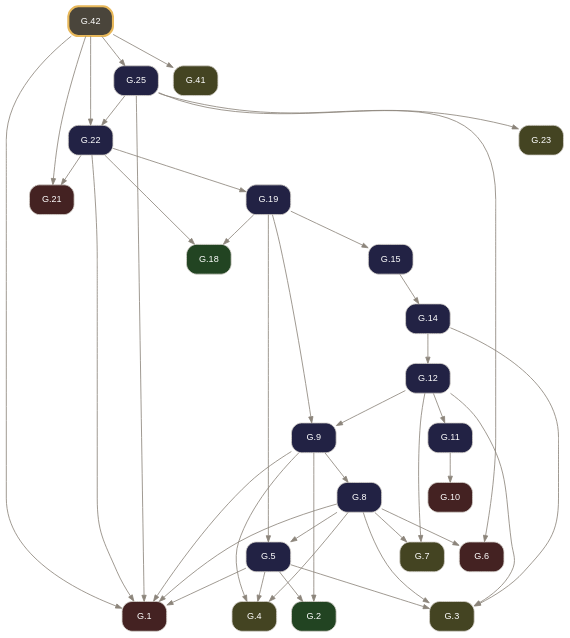
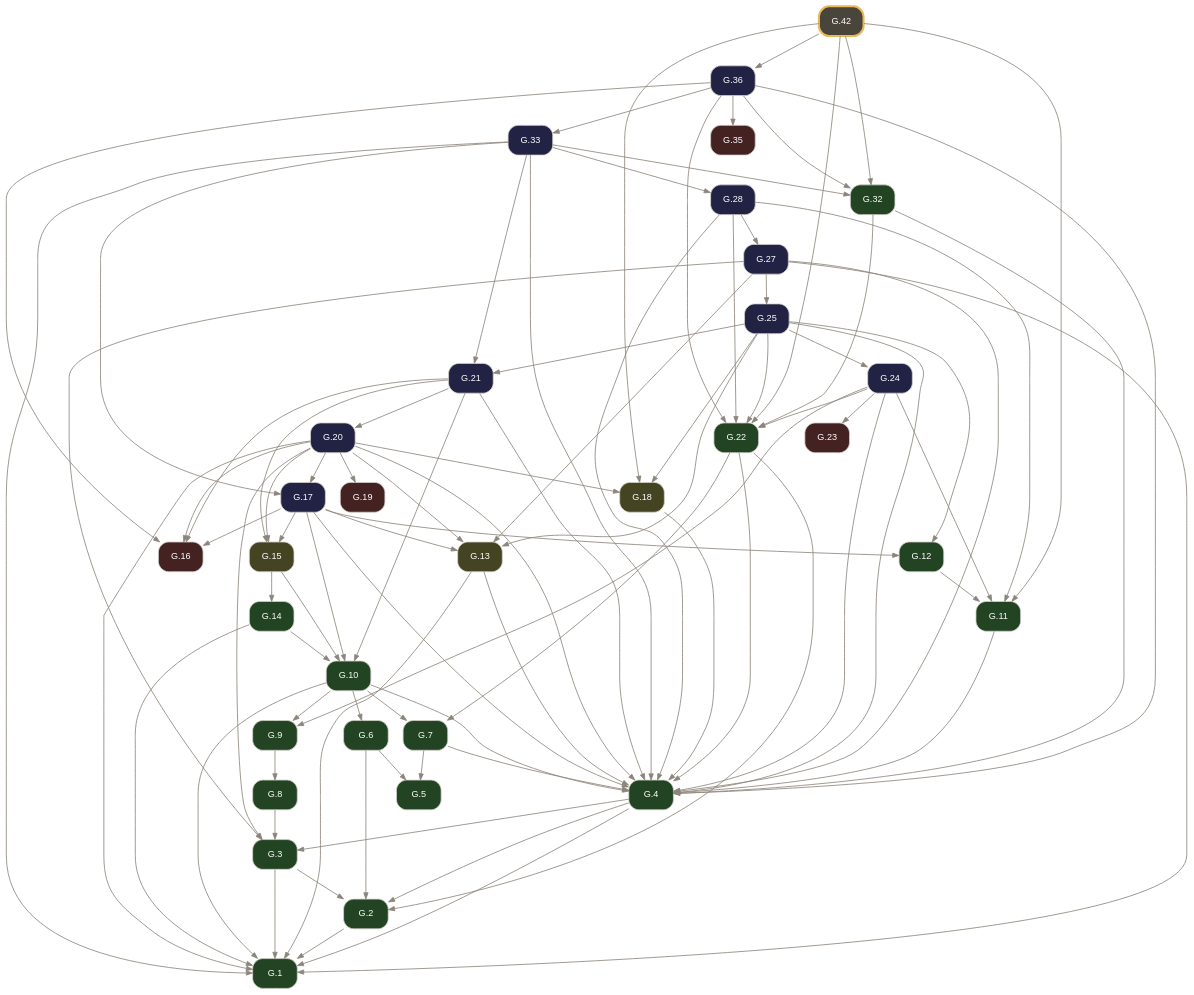
Before and after one commit to geometor/elements: the diagram in docsrc/elements2/G.42/index.rst, drawn with Graphviz. The commit also changed other lines of this file and 2974 other files, not shown here.

Commit message:
feat(elements2): wire defined terms, short verb titles, coincidence operator, and 2-point circle notation (v0.4.0)

```diff
--- a/docsrc/elements2/G.42/index.rst
+++ b/docsrc/elements2/G.42/index.rst
@@ -114,65 +76,125 @@
      node [shape=box, style="rounded,filled", fontname="Helvetica", fontsize=11, color="#d6d3cd", fontcolor="#ffffff"];
      edge [color="#8c857b", fontcolor="#8c857b", arrowsize=0.75];
      rankdir="TB";
-     "G.1" [label="G.1", tooltip="G.1 (I.cn.1): Things equal to the same thing are equal to one another.", fillcolor="#442222", URL="../G.1/index.html", target="_top"];
-     "G.2" [label="G.2", tooltip="G.2 (I.def.15): A circle is a plane figure contained by one line such that all segments falling upon it from its center are equal.", fillcolor="#224422", URL="../G.2/index.html", target="_top"];
-     "G.3" [label="G.3", tooltip="G.3 (I.post.1): Construct a segment between any two points.", fillcolor="#444422", URL="../G.3/index.html", target="_top"];
-     "G.4" [label="G.4", tooltip="G.4 (I.post.3): Construct a circle with any center and radius.", fillcolor="#444422", URL="../G.4/index.html", target="_top"];
-     "G.5" [label="G.5", tooltip="G.5 (I.1): Construct an equilateral triangle on a given finite segment.", fillcolor="#222244", URL="../G.5/index.html", target="_top"];
-     "G.6" [label="G.6", tooltip="G.6 (I.cn.3): If equals are subtracted from equals, the remainders are equal.", fillcolor="#442222", URL="../G.6/index.html", target="_top"];
-     "G.7" [label="G.7", tooltip="G.7 (I.post.2): Extend a finite segment continuously in a straight line.", fillcolor="#444422", URL="../G.7/index.html", target="_top"];
-     "G.8" [label="G.8", tooltip="G.8 (I.2): Construct at a given point a segment equal to a given segment.", fillcolor="#222244", URL="../G.8/index.html", target="_top"];
-     "G.9" [label="G.9", tooltip="G.9 (I.3): Cut off from the greater of two unequal segments a segment equal to the less.", fillcolor="#222244", URL="../G.9/index.html", target="_top"];
-     "G.10" [label="G.10", tooltip="G.10 (I.cn.4): Things that coincide with one another are equal.", fillcolor="#442222", URL="../G.10/index.html", target="_top"];
-     "G.11" [label="G.11", tooltip="G.11 (I.4): Triangles with two sides and the included angle equal are congruent (SAS).", fillcolor="#222244", URL="../G.11/index.html", target="_top"];
-     "G.12" [label="G.12", tooltip="G.12 (I.5): In an isosceles triangle, the angles at the base are equal, and if the equal sides are extended, the angles under the base are equal.", fillcolor="#222244", URL="../G.12/index.html", target="_top"];
-     "G.14" [label="G.14", tooltip="G.14 (I.7): On the same segment and on the same side, there cannot be constructed two distinct triangles with both pairs of conterminous sides equal.", fillcolor="#222244", URL="../G.14/index.html", target="_top"];
-     "G.15" [label="G.15", tooltip="G.15 (I.8): Triangles with all three corresponding sides equal have their corresponding angles equal (SSS).", fillcolor="#222244", URL="../G.15/index.html", target="_top"];
-     "G.18" [label="G.18", tooltip="G.18 (I.def.10): When a straight line standing on a straight line makes the adjacent angles equal, each of the equal angles is a right angle, and the standing line is perpendicular to that on which...", fillcolor="#224422", URL="../G.18/index.html", target="_top"];
-     "G.19" [label="G.19", tooltip="G.19 (I.11): Construct a line at right angles to a given line from a given point on it.", fillcolor="#222244", URL="../G.19/index.html", target="_top"];
-     "G.21" [label="G.21", tooltip="G.21 (I.cn.2): If equals are added to equals, the wholes are equal.", fillcolor="#442222", URL="../G.21/index.html", target="_top"];
-     "G.22" [label="G.22", tooltip="G.22 (I.13): A ray standing on a line makes either two right angles or adjacent angles summing to two right angles.", fillcolor="#222244", URL="../G.22/index.html", target="_top"];
-     "G.23" [label="G.23", tooltip="G.23 (I.post.4): All right angles are equal.", fillcolor="#444422", URL="../G.23/index.html", target="_top"];
-     "G.25" [label="G.25", tooltip="G.25 (I.15): Intersecting lines make their vertical angles equal.", fillcolor="#222244", URL="../G.25/index.html", target="_top"];
-     "G.41" [label="G.41", tooltip="G.41 (I.post.5): Two lines intersected by a transversal with interior angles on one side summing to less than two right angles meet on that side.", fillcolor="#444422", URL="../G.41/index.html", target="_top"];
-     "G.42" [label="G.42", tooltip="G.42 (I.29): A transversal cutting parallel lines makes alternate interior angles equal, exterior and opposite interior angles equal, and same-side interior angles supplementary.", penwidth=2.5, color="#e8b85a", fillcolor="#4a453b", URL="index.html", target="_top"];
-     "G.5" -> "G.1";
-     "G.8" -> "G.1";
-     "G.9" -> "G.1";
-     "G.22" -> "G.1";
-     "G.25" -> "G.1";
-     "G.42" -> "G.1";
-     "G.5" -> "G.2";
-     "G.9" -> "G.2";
-     "G.5" -> "G.3";
+     "G.1" [label="G.1", tooltip="G.1 (I.def.1): A point A is that which has no part.", fillcolor="#224422", URL="../G.1/index.html", target="_top"];
+     "G.2" [label="G.2", tooltip="G.2 (I.def.2): A line [ A B ] is a projection of a relationship of two points A, B.", fillcolor="#224422", URL="../G.2/index.html", target="_top"];
+     "G.3" [label="G.3", tooltip="G.3 (I.def.3): The extremities of a segment / A B / are points A, B.", fillcolor="#224422", URL="../G.3/index.html", target="_top"];
+     "G.4" [label="G.4", tooltip="G.4 (I.def.4): A segment / A B / is a portion of a line [ A B ] between two points A, B on the line.", fillcolor="#224422", URL="../G.4/index.html", target="_top"];
+     "G.5" [label="G.5", tooltip="G.5 (I.def.5): A surface is that which has length and breadth only.", fillcolor="#224422", URL="../G.5/index.html", target="_top"];
+     "G.6" [label="G.6", tooltip="G.6 (I.def.6): The extremities of a surface are lines or arcs.", fillcolor="#224422", URL="../G.6/index.html", target="_top"];
+     "G.7" [label="G.7", tooltip="G.7 (I.def.7): A plane surface lies evenly with the lines on itself.", fillcolor="#224422", URL="../G.7/index.html", target="_top"];
+     "G.8" [label="G.8", tooltip="G.8 (I.def.13): A boundary is the extremity of anything.", fillcolor="#224422", URL="../G.8/index.html", target="_top"];
+     "G.9" [label="G.9", tooltip="G.9 (I.def.14): A figure is that which is contained by any boundary or boundaries.", fillcolor="#224422", URL="../G.9/index.html", target="_top"];
+     "G.10" [label="G.10", tooltip="G.10 (I.def.15): A circle ( A B ) is a plane figure contained by one arc defined by a center A and a point B establishing its defining radius / A B /, such that all segments / A B /, / A C /, / A D...", fillcolor="#224422", URL="../G.10/index.html", target="_top"];
+     "G.11" [label="G.11", tooltip="G.11 (I.def.19): Rectilineal figures are contained by segments: trilateral by three, quadrilateral by four, and multilateral by more than four.", fillcolor="#224422", URL="../G.11/index.html", target="_top"];
+     "G.12" [label="G.12", tooltip="G.12 (I.def.20): Of trilateral figures, an equilateral triangle < A B C > has three equal sides, an isosceles triangle < D E F > has two equal sides, and a scalene triangle < G H K > has three uneq...", fillcolor="#224422", URL="../G.12/index.html", target="_top"];
+     "G.13" [label="G.13", tooltip="G.13 (I.post.1): Construct a segment / A B / between any two points A, B.", fillcolor="#444422", URL="../G.13/index.html", target="_top"];
+     "G.14" [label="G.14", tooltip="G.14 (I.def.16): The point A within the circle ( A B ) from which all segments / A B /, / A C / to the arc are equal is called the center of the circle.", fillcolor="#224422", URL="../G.14/index.html", target="_top"];
+     "G.15" [label="G.15", tooltip="G.15 (I.post.3): Construct a circle ( A B ) with center A and defining radius point B.", fillcolor="#444422", URL="../G.15/index.html", target="_top"];
+     "G.16" [label="G.16", tooltip="G.16 (I.cn.1): Things equal to the same thing are equal to one another.", fillcolor="#442222", URL="../G.16/index.html", target="_top"];
+     "G.17" [label="G.17", tooltip="G.17 (I.1): Construct an equilateral triangle on a given segment.", fillcolor="#222244", URL="../G.17/index.html", target="_top"];
+     "G.18" [label="G.18", tooltip="G.18 (I.post.2): Extend a segment / A B / continuously along a line [ A B ] to / B C /.", fillcolor="#444422", URL="../G.18/index.html", target="_top"];
+     "G.19" [label="G.19", tooltip="G.19 (I.cn.3): If equals are subtracted from equals, the remainders are equal.", fillcolor="#442222", URL="../G.19/index.html", target="_top"];
+     "G.20" [label="G.20", tooltip="G.20 (I.2): Construct at a given point a segment equal to a given segment.", fillcolor="#222244", URL="../G.20/index.html", target="_top"];
+     "G.21" [label="G.21", tooltip="G.21 (I.3): Cut off from the greater of two unequal segments a segment equal to the less.", fillcolor="#222244", URL="../G.21/index.html", target="_top"];
+     "G.22" [label="G.22", tooltip="G.22 (I.def.8): A plane angle is the inclination to one another of two lines or arcs in a plane that meet and do not lie on the same line.", fillcolor="#224422", URL="../G.22/index.html", target="_top"];
+     "G.23" [label="G.23", tooltip="G.23 (I.cn.4): Things / A B /, / D E / that coincide with one another are equal to one another.", fillcolor="#442222", URL="../G.23/index.html", target="_top"];
+     "G.24" [label="G.24", tooltip="G.24 (I.4): Triangles with two sides and the included angle equal are congruent (SAS).", fillcolor="#222244", URL="../G.24/index.html", target="_top"];
+     "G.25" [label="G.25", tooltip="G.25 (I.5): In an isosceles triangle, the angles at the base are equal, and if the equal sides are extended, the angles under the base are equal.", fillcolor="#222244", URL="../G.25/index.html", target="_top"];
+     "G.27" [label="G.27", tooltip="G.27 (I.7): On the same segment and on the same side, there cannot be constructed two distinct triangles with both pairs of conterminous sides equal.", fillcolor="#222244", URL="../G.27/index.html", target="_top"];
+     "G.28" [label="G.28", tooltip="G.28 (I.8): Triangles with all three corresponding sides equal have their corresponding angles equal (SSS).", fillcolor="#222244", URL="../G.28/index.html", target="_top"];
+     "G.32" [label="G.32", tooltip="G.32 (I.def.10): When a segment standing on a line makes the adjacent angles equal, each of the equal angles is a right angle, and the standing segment is perpendicular to the line.", fillcolor="#224422", URL="../G.32/index.html", target="_top"];
+     "G.33" [label="G.33", tooltip="G.33 (I.11): Construct a segment at right angles to a given line from a given point on it.", fillcolor="#222244", URL="../G.33/index.html", target="_top"];
+     "G.35" [label="G.35", tooltip="G.35 (I.cn.2): If equals are added to equals, the wholes are equal.", fillcolor="#442222", URL="../G.35/index.html", target="_top"];
+     "G.36" [label="G.36", tooltip="G.36 (I.13): A segment standing on a line makes either two right angles or adjacent angles summing to two right angles.", fillcolor="#222244", URL="../G.36/index.html", target="_top"];
+     "G.42" [label="G.42", tooltip="G.42 (I.17): In any triangle, the sum of any two angles is less than two right angles.", penwidth=2.5, color="#e8b85a", fillcolor="#4a453b", URL="index.html", target="_top"];
+     "G.2" -> "G.1";
+     "G.3" -> "G.1";
+     "G.4" -> "G.1";
+     "G.10" -> "G.1";
+     "G.13" -> "G.1";
+     "G.14" -> "G.1";
+     "G.20" -> "G.1";
+     "G.27" -> "G.1";
+     "G.33" -> "G.1";
+     "G.3" -> "G.2";
+     "G.4" -> "G.2";
+     "G.6" -> "G.2";
+     "G.22" -> "G.2";
+     "G.4" -> "G.3";
      "G.8" -> "G.3";
-     "G.12" -> "G.3";
-     "G.14" -> "G.3";
-     "G.5" -> "G.4";
-     "G.8" -> "G.4";
-     "G.9" -> "G.4";
-     "G.8" -> "G.5";
-     "G.19" -> "G.5";
-     "G.8" -> "G.6";
-     "G.25" -> "G.6";
-     "G.8" -> "G.7";
-     "G.12" -> "G.7";
+     "G.20" -> "G.3";
+     "G.27" -> "G.3";
+     "G.7" -> "G.4";
+     "G.10" -> "G.4";
+     "G.11" -> "G.4";
+     "G.13" -> "G.4";
+     "G.17" -> "G.4";
+     "G.18" -> "G.4";
+     "G.20" -> "G.4";
+     "G.21" -> "G.4";
+     "G.22" -> "G.4";
+     "G.24" -> "G.4";
+     "G.25" -> "G.4";
+     "G.27" -> "G.4";
+     "G.28" -> "G.4";
+     "G.32" -> "G.4";
+     "G.33" -> "G.4";
+     "G.36" -> "G.4";
+     "G.6" -> "G.5";
+     "G.7" -> "G.5";
+     "G.10" -> "G.6";
+     "G.10" -> "G.7";
+     "G.22" -> "G.7";
      "G.9" -> "G.8";
-     "G.12" -> "G.9";
-     "G.19" -> "G.9";
-     "G.11" -> "G.10";
+     "G.10" -> "G.9";
+     "G.24" -> "G.9";
+     "G.14" -> "G.10";
+     "G.15" -> "G.10";
+     "G.17" -> "G.10";
+     "G.21" -> "G.10";
      "G.12" -> "G.11";
-     "G.14" -> "G.12";
+     "G.24" -> "G.11";
+     "G.28" -> "G.11";
+     "G.42" -> "G.11";
+     "G.17" -> "G.12";
+     "G.25" -> "G.12";
+     "G.17" -> "G.13";
+     "G.20" -> "G.13";
+     "G.25" -> "G.13";
+     "G.27" -> "G.13";
      "G.15" -> "G.14";
-     "G.19" -> "G.15";
-     "G.19" -> "G.18";
-     "G.22" -> "G.18";
-     "G.22" -> "G.19";
-     "G.22" -> "G.21";
-     "G.42" -> "G.21";
+     "G.17" -> "G.15";
+     "G.20" -> "G.15";
+     "G.21" -> "G.15";
+     "G.17" -> "G.16";
+     "G.20" -> "G.16";
+     "G.21" -> "G.16";
+     "G.36" -> "G.16";
+     "G.20" -> "G.17";
+     "G.33" -> "G.17";
+     "G.20" -> "G.18";
+     "G.25" -> "G.18";
+     "G.42" -> "G.18";
+     "G.20" -> "G.19";
+     "G.21" -> "G.20";
+     "G.25" -> "G.21";
+     "G.33" -> "G.21";
+     "G.24" -> "G.22";
      "G.25" -> "G.22";
+     "G.28" -> "G.22";
+     "G.32" -> "G.22";
+     "G.36" -> "G.22";
      "G.42" -> "G.22";
-     "G.25" -> "G.23";
-     "G.42" -> "G.25";
-     "G.42" -> "G.41";
+     "G.24" -> "G.23";
+     "G.25" -> "G.24";
+     "G.27" -> "G.25";
+     "G.28" -> "G.27";
+     "G.33" -> "G.28";
+     "G.33" -> "G.32";
+     "G.36" -> "G.32";
+     "G.42" -> "G.32";
+     "G.36" -> "G.33";
+     "G.36" -> "G.35";
+     "G.42" -> "G.36";
    }
```
